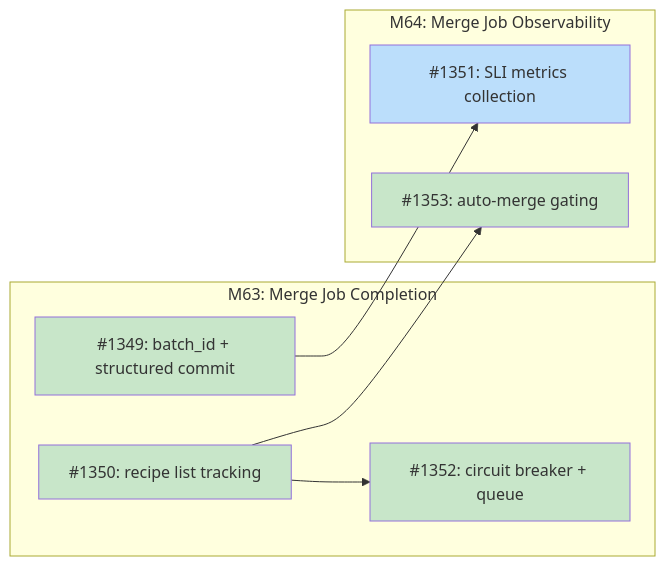
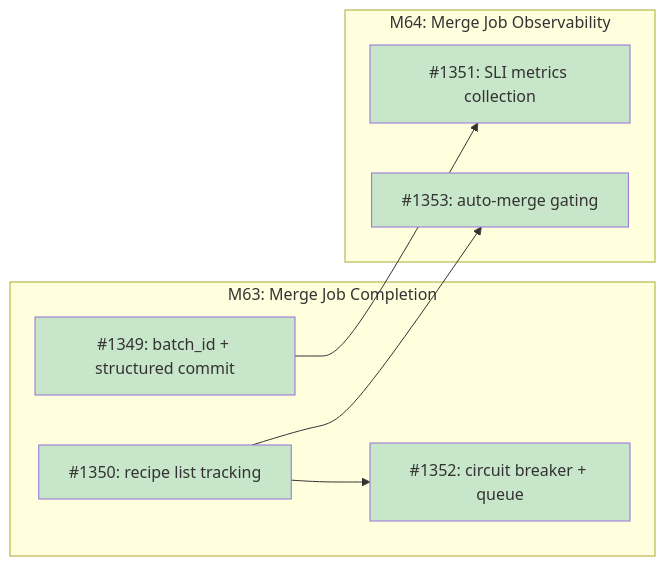
The diagram in docs/designs/DESIGN-merge-job-completion.md (tsukumogami/tsuku), drawn with Mermaid before and after one commit. The commit also changed other lines of this file and 3 other files, not shown here.

````diff
--- a/docs/designs/DESIGN-merge-job-completion.md
+++ b/docs/designs/DESIGN-merge-job-completion.md
@@ -45,27 +45,27 @@
 ```mermaid
 graph LR
     subgraph M63["M63: Merge Job Completion"]
         I1349["#1349: batch_id + structured commit"]
         I1350["#1350: recipe list tracking"]
         I1352["#1352: circuit breaker + queue"]
     end
 
     subgraph M64["M64: Merge Job Observability"]
         I1351["#1351: SLI metrics collection"]
         I1353["#1353: auto-merge gating"]
     end
 
     I1350 --> I1352
     I1349 --> I1351
     I1350 --> I1353
 
     classDef done fill:#c8e6c9
     classDef ready fill:#bbdefb
     classDef blocked fill:#fff9c4
     classDef needsDesign fill:#e1bee7
 
     class I1349,I1350 done
     class I1352 done
-    class I1351 ready
+    class I1351 done
     class I1353 done
 ```
````
